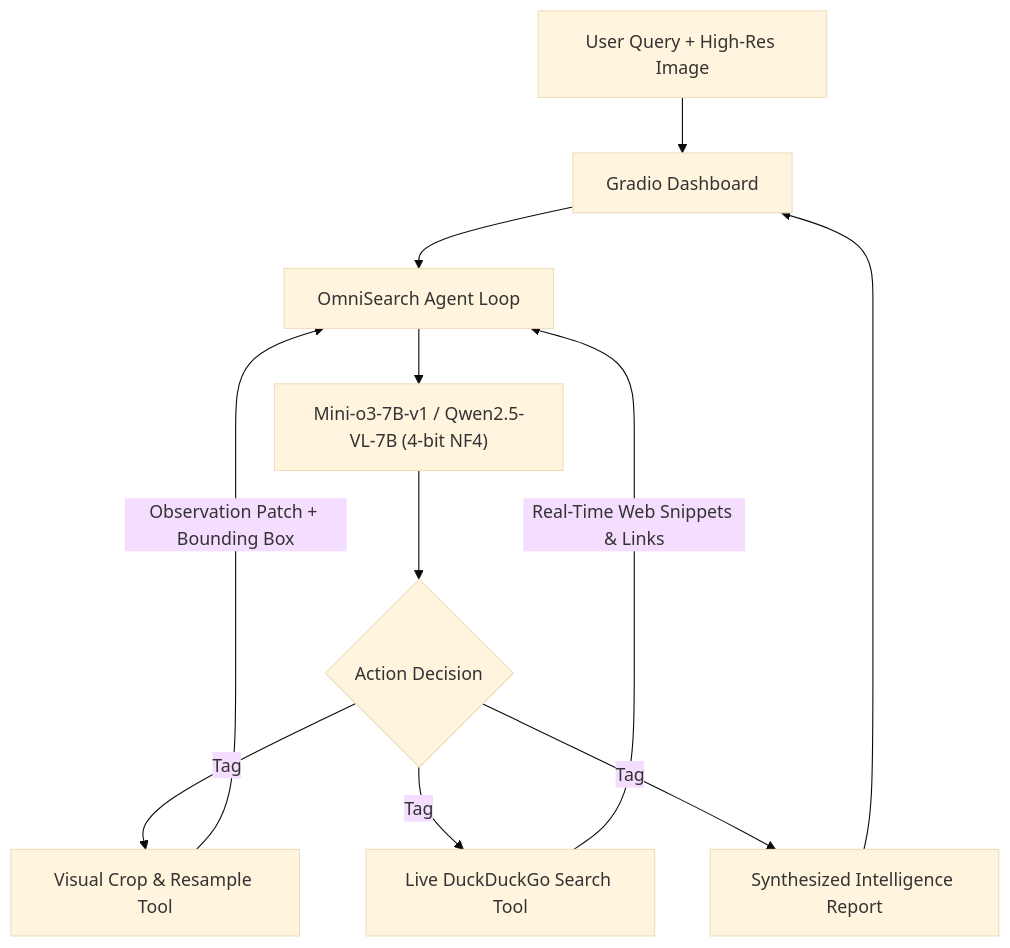
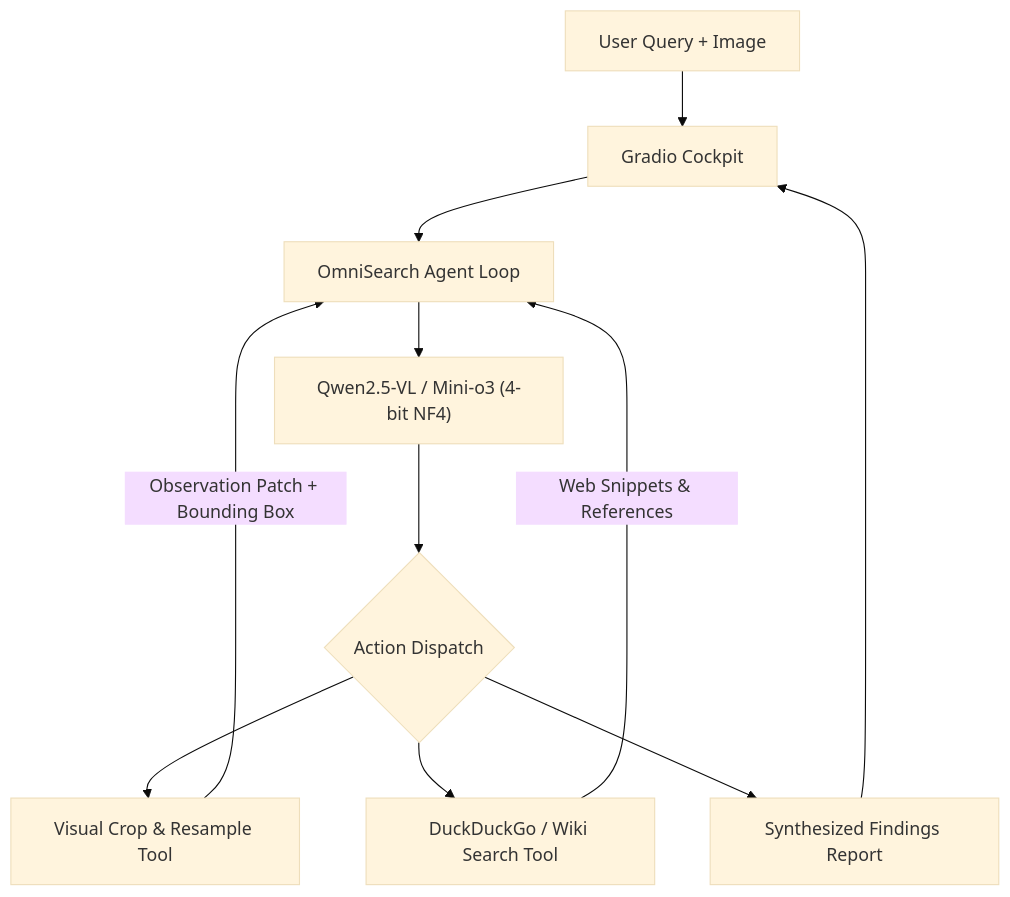
Before and after one commit to tsyncIO/omnisearch-agent: the diagram in README.md, drawn with Mermaid (base theme). The commit also changed other lines of this file and 8 other files, not shown here.

````diff
--- a/README.md
+++ b/README.md
@@ -37,17 +37,17 @@
 ```mermaid
 flowchart TD
-    User["User Query + High-Res Image"] --> UI["Gradio Dashboard"]
+    User["User Query + Image"] --> UI["Gradio Cockpit"]
     UI --> Agent["OmniSearch Agent Loop"]
-    Agent --> LLM["Mini-o3-7B-v1 / Qwen2.5-VL-7B (4-bit NF4)"]
+    Agent --> LLM["Qwen2.5-VL / Mini-o3 (4-bit NF4)"]
     
-    LLM --> Decision{"Action Decision"}
+    LLM --> Decision{"Action Dispatch"}
     
-    Decision -->|"<grounding> Tag"| CropTool["Visual Crop & Resample Tool"]
+    Decision -->|"<grounding>"| CropTool["Visual Crop & Resample Tool"]
     CropTool -->|"Observation Patch + Bounding Box"| Agent
     
-    Decision -->|"<web_search> Tag"| WebTool["Live DuckDuckGo Search Tool"]
-    WebTool -->|"Real-Time Web Snippets & Links"| Agent
+    Decision -->|"<web_search>"| WebTool["DuckDuckGo / Wiki Search Tool"]
+    WebTool -->|"Web Snippets & References"| Agent
     
-    Decision -->|"<answer> Tag"| Output["Synthesized Intelligence Report"]
+    Decision -->|"<answer>"| Output["Synthesized Findings Report"]
     Output --> UI
 ```
````
